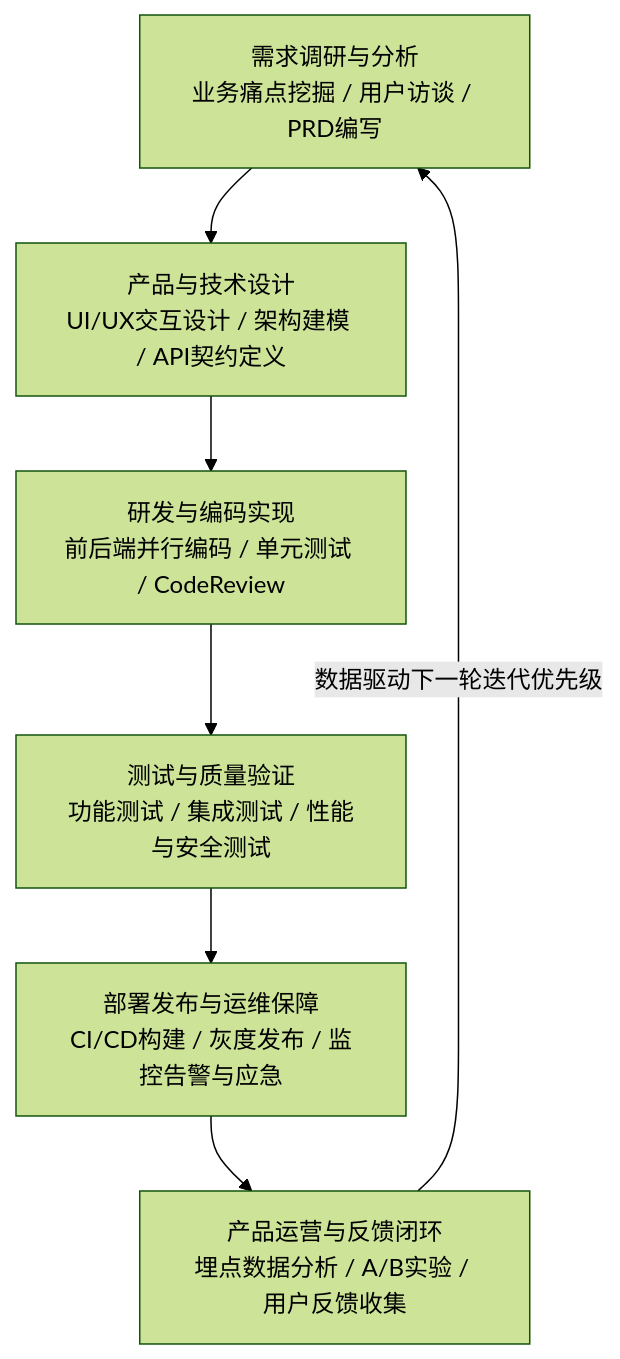
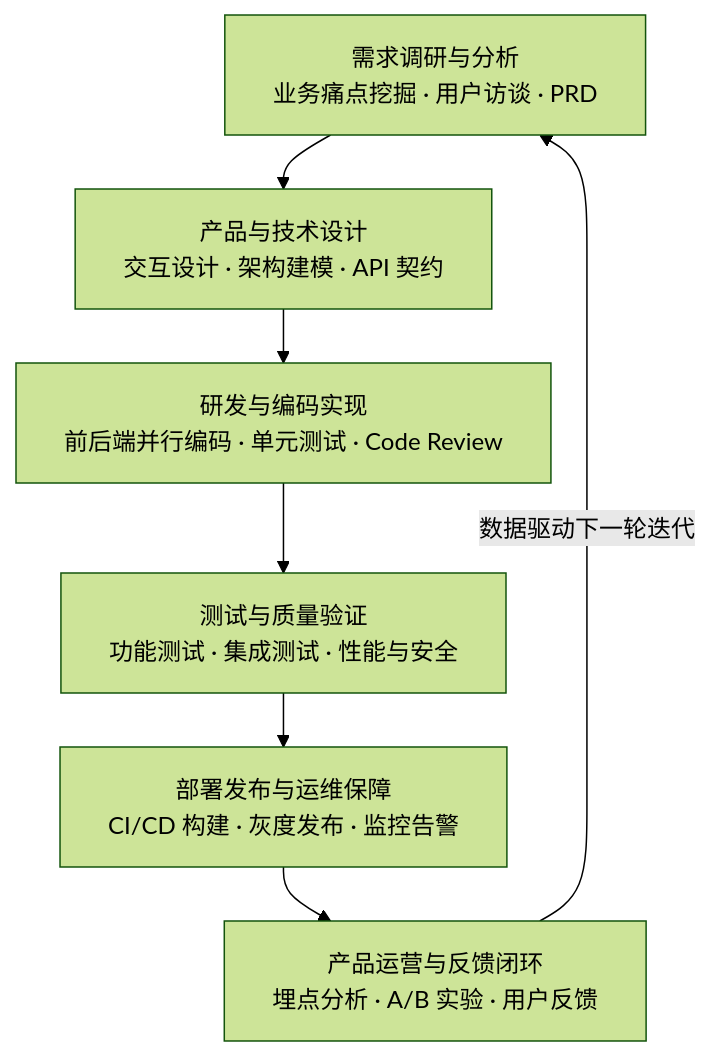
Before and after one commit to gqcn/johns-blog: the first of 5 diagrams in docs/docs/1000-AI技术/200-应用开发/400-工程管理与实践/10000-AI时代的软件工程管理：角色重构、生命周期演进与治理新范式.md, drawn with Mermaid (forest theme). The commit also changed other lines of this file and 1 other file, not shown here.

Commit message:
feat: enhance markdown formatting guidelines for mermaid diagrams and content clarity

````diff
--- a/docs/docs/1000-AI技术/200-应用开发/400-工程管理与实践/10000-AI时代的软件工程管理：角色重构、生命周期演进与治理新范式.md
+++ b/docs/docs/1000-AI技术/200-应用开发/400-工程管理与实践/10000-AI时代的软件工程管理：角色重构、生命周期演进与治理新范式.md
@@ -145,9 +145,10 @@
 ```mermaid
+%%{init: {"flowchart": {"wrappingWidth": 560, "nodeSpacing": 28, "rankSpacing": 36, "padding": 16}}}%%
 flowchart TD
-    A["需求调研与分析<br/>业务痛点挖掘 / 用户访谈 / PRD编写"] --> B["产品与技术设计<br/>UI/UX交互设计 / 架构建模 / API契约定义"]
-    B --> C["研发与编码实现<br/>前后端并行编码 / 单元测试 / CodeReview"]
-    C --> D["测试与质量验证<br/>功能测试 / 集成测试 / 性能与安全测试"]
-    D --> E["部署发布与运维保障<br/>CI/CD构建 / 灰度发布 / 监控告警与应急"]
-    E --> F["产品运营与反馈闭环<br/>埋点数据分析 / A/B实验 / 用户反馈收集"]
-    F -->|数据驱动下一轮迭代优先级| A
+    A["需求调研与分析<br/>业务痛点挖掘 · 用户访谈 · PRD"] --> B["产品与技术设计<br/>交互设计 · 架构建模 · API 契约"]
+    B --> C["研发与编码实现<br/>前后端并行编码 · 单元测试 · Code Review"]
+    C --> D["测试与质量验证<br/>功能测试 · 集成测试 · 性能与安全"]
+    D --> E["部署发布与运维保障<br/>CI/CD 构建 · 灰度发布 · 监控告警"]
+    E --> F["产品运营与反馈闭环<br/>埋点分析 · A/B 实验 · 用户反馈"]
+    F -->|数据驱动下一轮迭代| A
 ```
````
